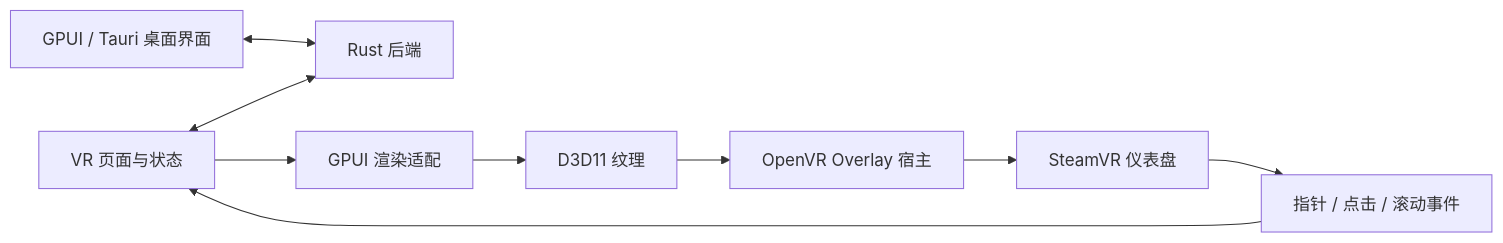
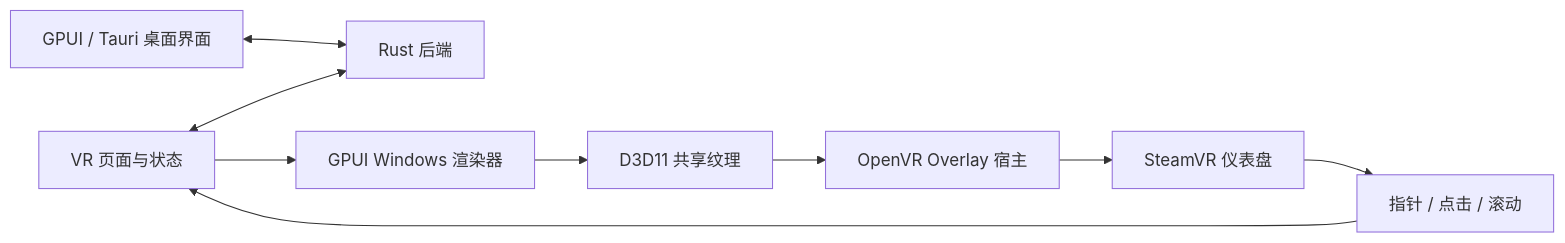
Before and after one commit to grayawa/SlimeVR-Rust: the diagram in docs/rust-steamvr-overlay-plan.zh-CN.md, drawn with Mermaid. The commit also changed other lines of this file and 140 other files, not shown here.

````diff
--- a/docs/rust-steamvr-overlay-plan.zh-CN.md
+++ b/docs/rust-steamvr-overlay-plan.zh-CN.md
@@ -38,11 +7,11 @@
 ```mermaid
 flowchart LR
     Desktop[GPUI / Tauri 桌面界面] <--> Backend[Rust 后端]
     Overlay[VR 页面与状态] <--> Backend
-    Overlay --> Render[GPUI 渲染适配]
-    Render --> Texture[D3D11 纹理]
+    Overlay --> Render[GPUI Windows 渲染器]
+    Render --> Texture[D3D11 共享纹理]
     Texture --> OpenVR[OpenVR Overlay 宿主]
     OpenVR --> SteamVR[SteamVR 仪表盘]
-    SteamVR --> Input[指针 / 点击 / 滚动事件]
+    SteamVR --> Input[指针 / 点击 / 滚动]
     Input --> Overlay
 ```
````
